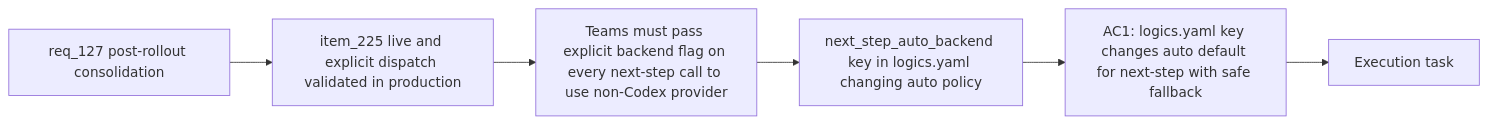
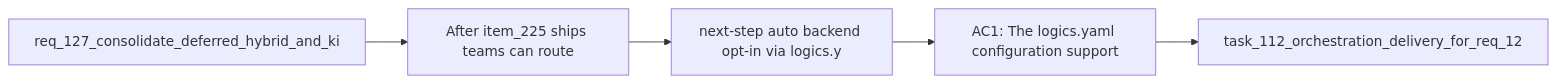
The diagram in logics/backlog/item_234_next_step_auto_backend_opt_in_via_logics_yaml_next_step_auto_backend_key.md (AlexAgo83/logics-manager), drawn with Mermaid before and after one commit. The commit also changed other lines of this file and 481 other files, not shown here.

````diff
--- a/logics/backlog/item_234_next_step_auto_backend_opt_in_via_logics_yaml_next_step_auto_backend_key.md
+++ b/logics/backlog/item_234_next_step_auto_backend_opt_in_via_logics_yaml_next_step_auto_backend_key.md
@@ -24,10 +24,9 @@
 ```mermaid
 %% logics-kind: backlog
 %% logics-signature: backlog|next-step-auto-backend-opt-in-via-logics|req-127-consolidate-deferred-hybrid-and-|after-item-225-ships-teams-can-route|ac1-the-logics-yaml-configuration-suppor
 flowchart LR
-    Request[req_127 post-rollout consolidation] --> Prerequisite[item_225 live and explicit dispatch validated in production]
-    Prerequisite --> Problem[Teams must pass explicit backend flag on every next-step call to use non-Codex provider]
-    Problem --> Scope[next_step_auto_backend key in logics.yaml changing auto policy]
-    Scope --> AC1[AC1: logics.yaml key changes auto default for next-step with safe fallback]
-    AC1 --> Tasks[Execution task]
+    Request[req_127_consolidate_deferred_hybrid_and_ki] --> Problem[After item_225 ships teams can route]
+    Problem --> Scope[next-step auto backend opt-in via logics.y]
+    Scope --> Acceptance[AC1: The logics.yaml configuration support]
+    Acceptance --> Tasks[task_112_orchestration_delivery_for_req_12]
 ```
````
